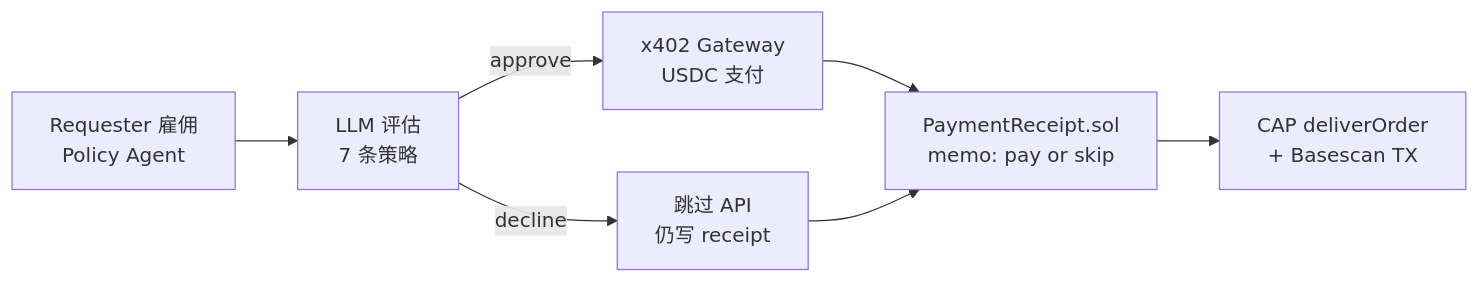
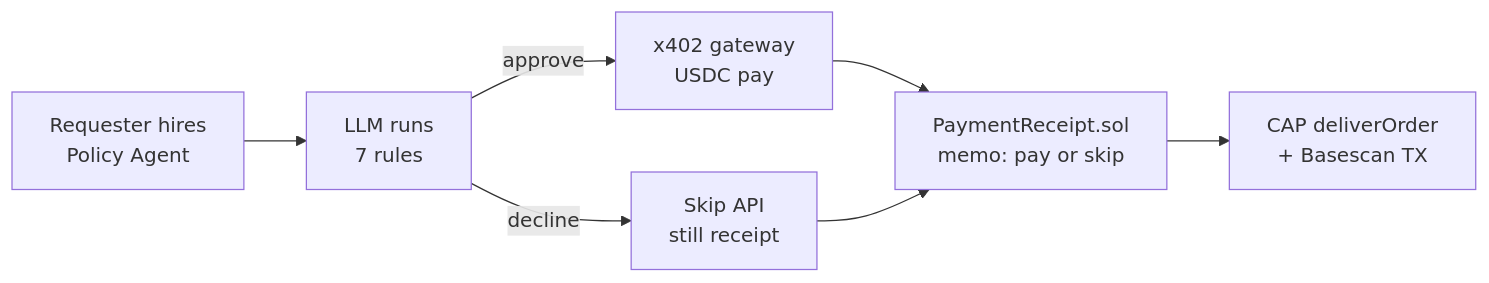
Before and after one commit to rgtang/x-gate: the first of 3 diagrams in README.md, drawn with Mermaid. The commit also changed other lines of this file and 2 other files, not shown here.

````diff
--- a/README.md
+++ b/README.md
@@ -59,9 +50,9 @@
 ```mermaid
 flowchart LR
-  A["Requester 雇佣<br/>Policy Agent"] --> B["LLM 评估<br/>7 条策略"]
-  B -->|approve| C1["x402 Gateway<br/>USDC 支付"]
-  B -->|decline| C2["跳过 API<br/>仍写 receipt"]
+  A["Requester hires<br/>Policy Agent"] --> B["LLM runs<br/>7 rules"]
+  B -->|approve| C1["x402 gateway<br/>USDC pay"]
+  B -->|decline| C2["Skip API<br/>still receipt"]
   C1 --> D["PaymentReceipt.sol<br/>memo: pay or skip"]
   C2 --> D
   D --> E["CAP deliverOrder<br/>+ Basescan TX"]
 ```
````
